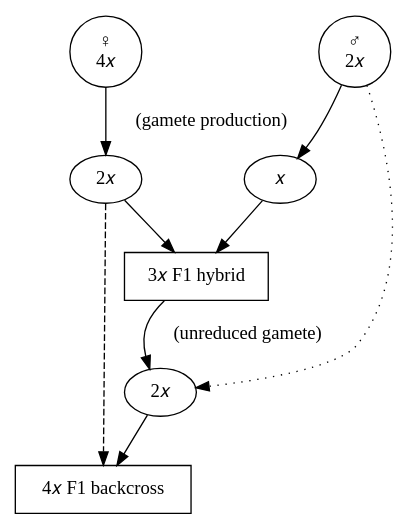
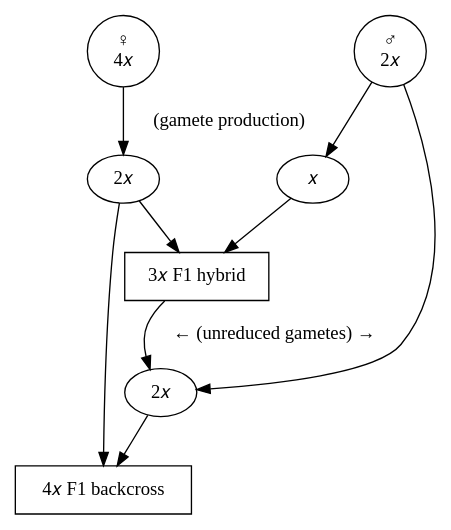
One commit to Euphrasiologist/cross_ploidy changed the diagram in figures/crosses/backcross_triploid2.dot. Above: the diagram before and after it, drawn with Graphviz. The commit also changed 15 other files, not shown here.

```diff
--- a/figures/crosses/backcross_triploid2.dot
+++ b/figures/crosses/backcross_triploid2.dot
@@ -1,20 +1,20 @@
-digraph "Backcross triploid" {
-"♀
-4𝑥" -> "2𝑥" [label="  (gamete production)"]
-"♂
-2𝑥" -> "𝑥" 
-"3𝑥 F1 hybrid" [shape="box"]
+digraph "Backcross triploid2" {
+    // nodes
+    maternal [ label = "♀\n4𝑥" class = "backcross_triploid_2 hexaploid backcross"]
+    maternal_gamete [ label = "2𝑥" class = "backcross_triploid_2 hexaploid backcross" ]
+    paternal [ label = "♂\n2𝑥" class = "backcross_triploid_2 hexaploid backcross" ]
+    paternal_gamete [ label = "𝑥" class = "backcross_triploid_2 hexaploid backcross" ]
+    hybrid_outcome_1 [ label =  "3𝑥 F1 hybrid" shape = "box" class = "backcross_triploid_2 hexaploid backcross" ]
+    hybrid_outcome_1_gamete [ label = "2𝑥" class = "backcross_triploid_2 backcross" ]
+    hybrid_outcome_3 [ label =  "4𝑥 F1 backcross" shape = "box" class = "backcross_triploid_2 backcross onhover" ]
 
-"𝑥" -> "3𝑥 F1 hybrid" 
-"2𝑥" -> "3𝑥 F1 hybrid" 
-
-"4𝑥 F1 backcross" [shape="box"]
-
-"3𝑥 F1 hybrid" -> "2𝑥 " [label=" (unreduced gamete)  "]
-"2𝑥" -> "4𝑥 F1 backcross" [style="dashed"]
-"2𝑥 " -> "4𝑥 F1 backcross"
-
-"♂
-2𝑥" -> "2𝑥 " [style ="dotted"]
-
+    // edges
+    maternal -> maternal_gamete [label="  (gamete production)" class = "backcross_triploid_2 hexaploid backcross" ]
+    paternal -> paternal_gamete [ class = "backcross_triploid_2 hexaploid backcross" ]
+    paternal -> hybrid_outcome_1_gamete [ class = "backcross_triploid_2 backcross" ]
+    maternal_gamete -> hybrid_outcome_1 [ class = "backcross_triploid_2 hexaploid backcross" ]
+    maternal_gamete -> hybrid_outcome_3 [ class = "backcross_triploid_2 backcross" ]
+    paternal_gamete -> hybrid_outcome_1 [ class = "backcross_triploid_2 hexaploid backcross" ]
+    hybrid_outcome_1 -> hybrid_outcome_1_gamete [ class = "backcross_triploid_2 backcross" label = "← (unreduced gametes) → "]
+    hybrid_outcome_1_gamete -> hybrid_outcome_3 [ class = "backcross_triploid_2 backcross" ]
 }
```
